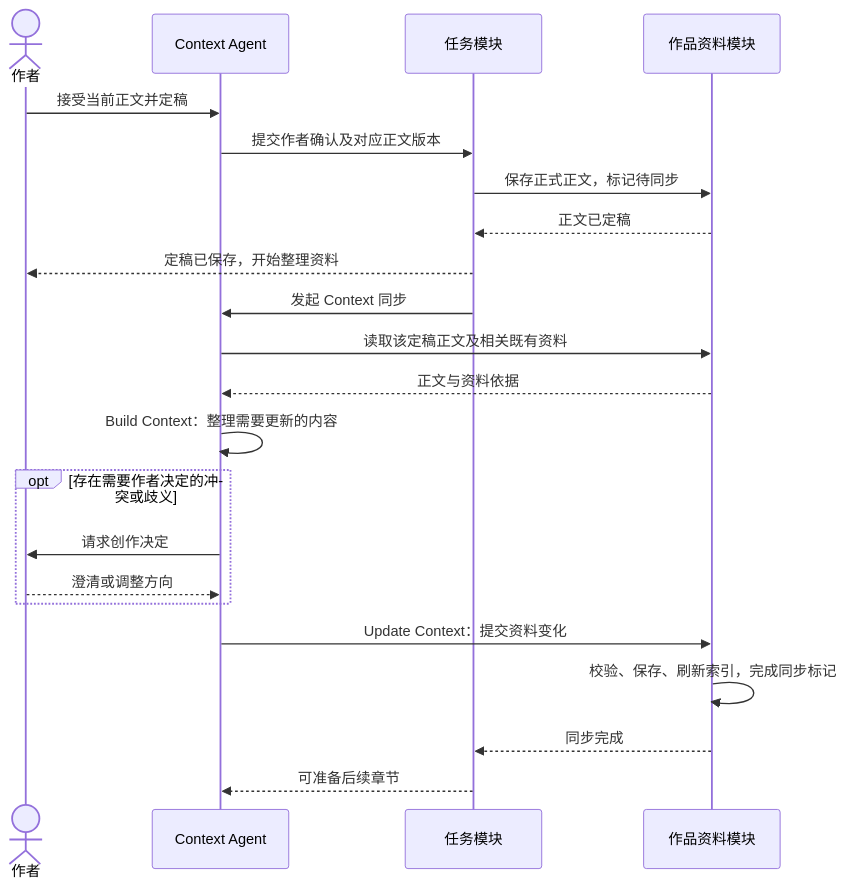
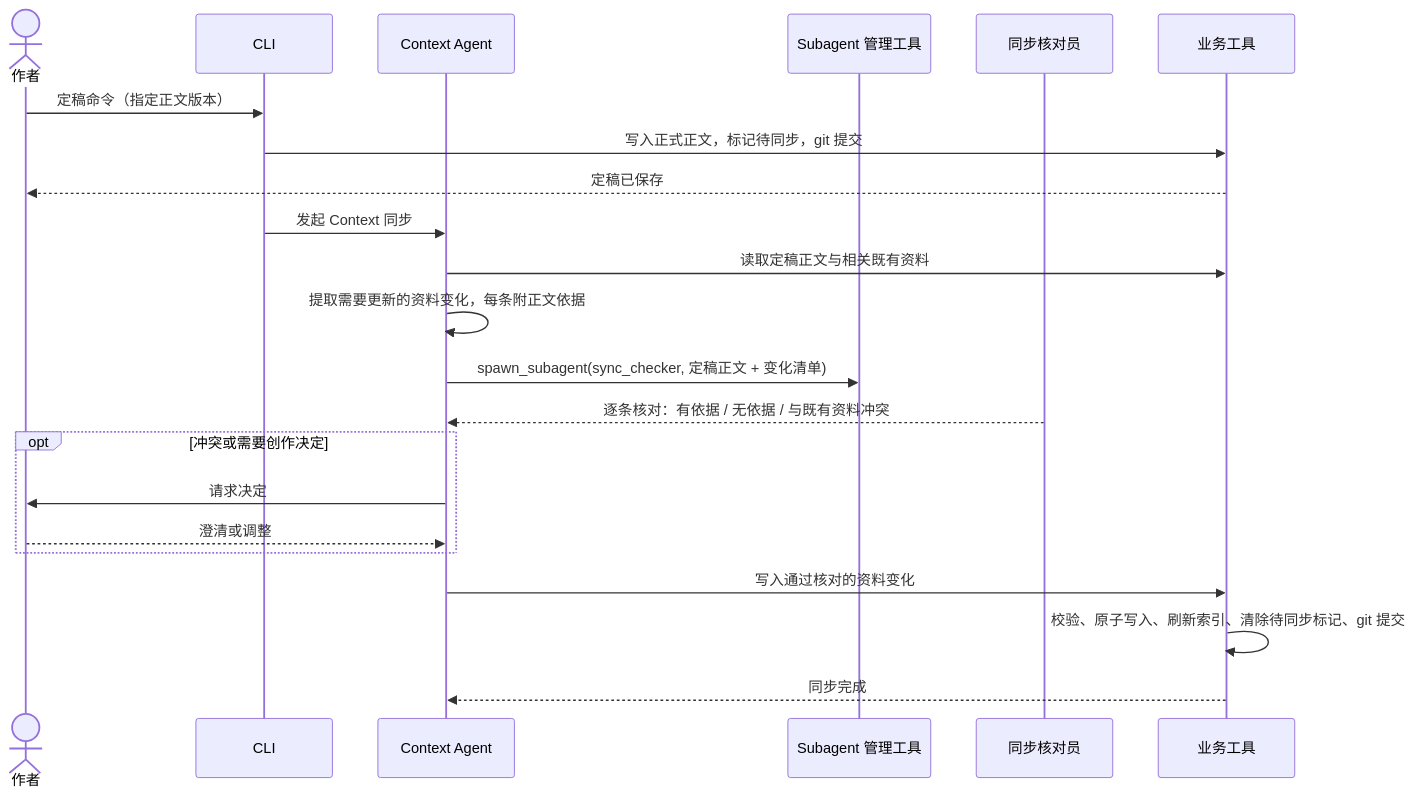
Before and after one commit to wdnmdtonyma/Noya: the fifth of 6 diagrams in docs/design/mvp-flow-and-architecture.md, drawn with Mermaid. The commit also changed other lines of this file and 5 other files, not shown here.

First line of the commit message:
docs: adopt Pi coding-agent with Skills and subagents for MVP architecture

````diff
--- a/docs/design/mvp-flow-and-architecture.md
+++ b/docs/design/mvp-flow-and-architecture.md
@@ -164,25 +192,25 @@
 ```mermaid
 sequenceDiagram
     actor Author as 作者
+    participant CLI as CLI
     participant Context as Context Agent
-    participant Tasks as 任务模块
-    participant Work as 作品资料模块
+    participant Subs as Subagent 管理工具
+    participant Checker as 同步核对员
+    participant Tools as 业务工具
 
-    Author->>Context: 接受当前正文并定稿
-    Context->>Tasks: 提交作者确认及对应正文版本
-    Tasks->>Work: 保存正式正文，标记待同步
-    Work-->>Tasks: 正文已定稿
-    Tasks-->>Author: 定稿已保存，开始整理资料
-    Tasks->>Context: 发起 Context 同步
-    Context->>Work: 读取该定稿正文及相关既有资料
-    Work-->>Context: 正文与资料依据
-    Context->>Context: Build Context：整理需要更新的内容
-    opt 存在需要作者决定的冲突或歧义
-        Context->>Author: 请求创作决定
-        Author-->>Context: 澄清或调整方向
+    Author->>CLI: 定稿命令（指定正文版本）
+    CLI->>Tools: 写入正式正文，标记待同步，git 提交
+    Tools-->>Author: 定稿已保存
+    CLI->>Context: 发起 Context 同步
+    Context->>Tools: 读取定稿正文与相关既有资料
+    Context->>Context: 提取需要更新的资料变化，每条附正文依据
+    Context->>Subs: spawn_subagent(sync_checker, 定稿正文 + 变化清单)
+    Checker-->>Context: 逐条核对：有依据 / 无依据 / 与既有资料冲突
+    opt 冲突或需要创作决定
+        Context->>Author: 请求决定
+        Author-->>Context: 澄清或调整
     end
-    Context->>Work: Update Context：提交资料变化
-    Work->>Work: 校验、保存、刷新索引，完成同步标记
-    Work-->>Tasks: 同步完成
-    Tasks-->>Context: 可准备后续章节
+    Context->>Tools: 写入通过核对的资料变化
+    Tools->>Tools: 校验、原子写入、刷新索引、清除待同步标记、git 提交
+    Tools-->>Context: 同步完成
 ```
````
